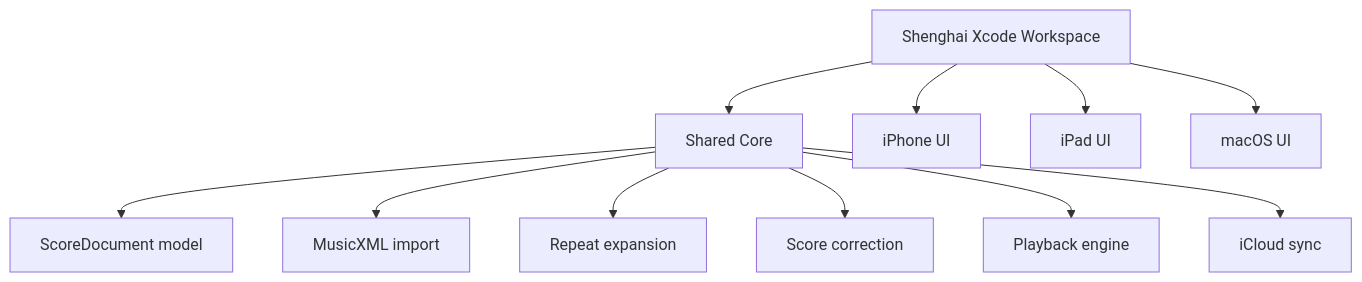
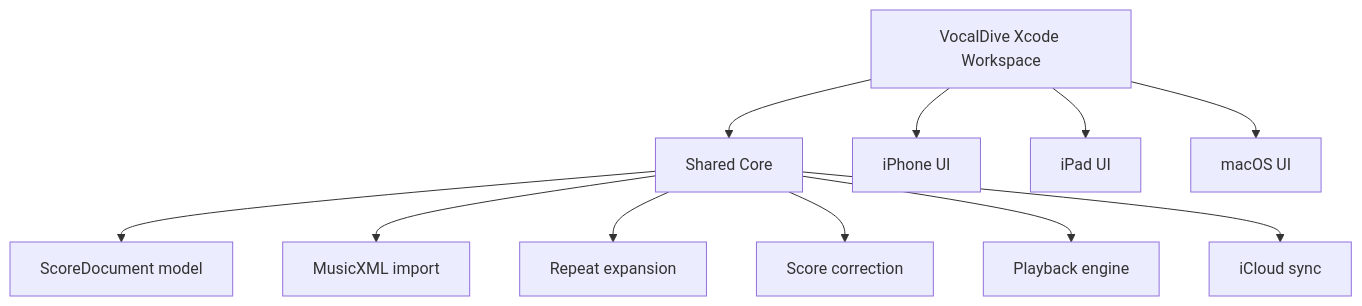
The second of 2 diagrams in docs/architecture.md (Chein-Shawn/shenghai), drawn with Mermaid before and after one commit. The commit also changed other lines of this file and 22 other files, not shown here.

Commit message:
Align docs with VocalDive branding

````diff
--- a/docs/architecture.md
+++ b/docs/architecture.md
@@ -23,14 +23,14 @@
 ```mermaid
 flowchart TD
-    A["Shenghai Xcode Workspace"] --> B["Shared Core"]
+    A["VocalDive Xcode Workspace"] --> B["Shared Core"]
     A --> C["iPhone UI"]
     A --> D["iPad UI"]
     A --> E["macOS UI"]
 
     B --> B1["ScoreDocument model"]
     B --> B2["MusicXML import"]
     B --> B3["Repeat expansion"]
     B --> B4["Score correction"]
     B --> B5["Playback engine"]
     B --> B6["iCloud sync"]
 ```
````
